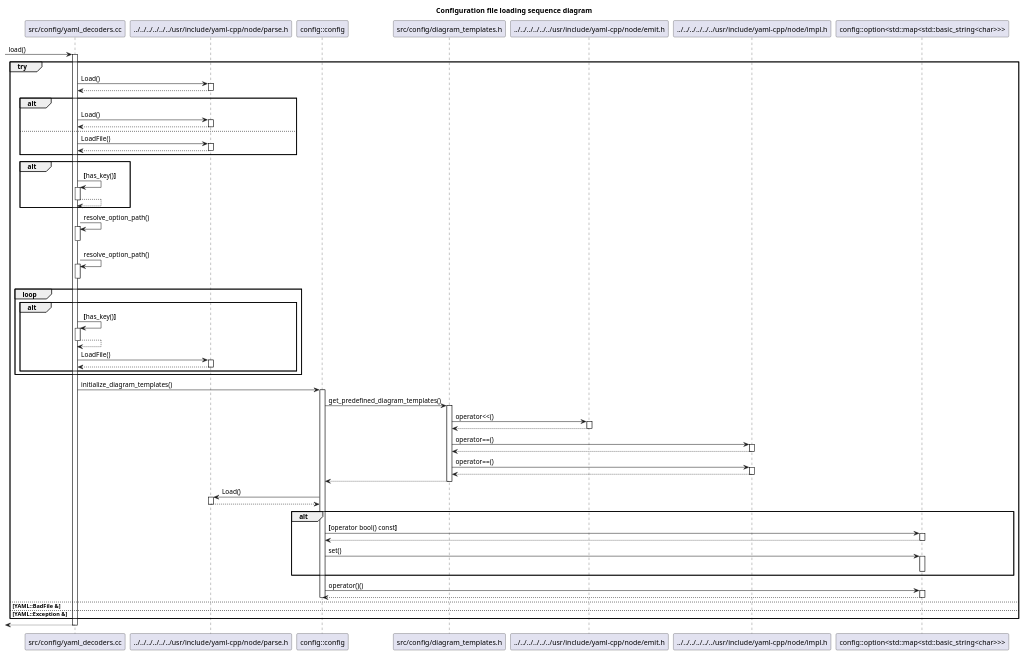
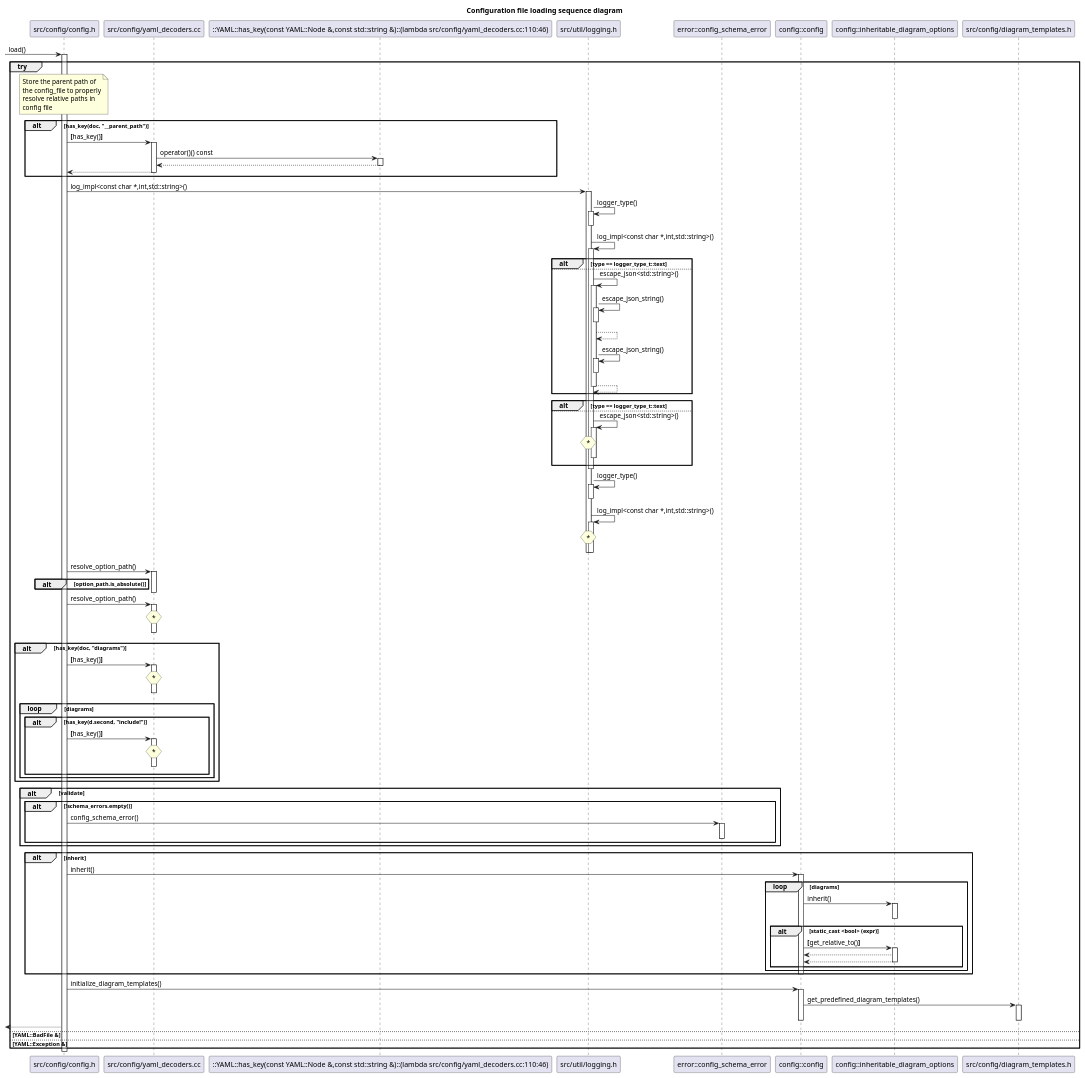
One commit to bkryza/clang-uml-examples changed the diagram in clang-uml/diagrams/load_config_sequence.puml. Above: the diagram before and after it, drawn with PlantUML. The commit also changed 73 other files, not shown here.

Commit message:
Updated clang-uml diagrams (#2)

```diff
--- a/clang-uml/diagrams/load_config_sequence.puml
+++ b/clang-uml/diagrams/load_config_sequence.puml
@@ -1,96 +1,135 @@
 @startuml
 title Configuration file loading sequence diagram
-participant "src/config/yaml_decoders.cc" as C_0000013575284193954972
-[-> C_0000013575284193954972 : load()
-activate C_0000013575284193954972
+participant "src/config/config.h" as C_0009842205026191081762
+[-> C_0009842205026191081762 : load()
+activate C_0009842205026191081762
 group try
-participant "../../../../../../usr/include/yaml-cpp/node/parse.h" as C_0001918194267413196394
-C_0000013575284193954972 -> C_0001918194267413196394 [[{}]] : Load()
-activate C_0001918194267413196394
-C_0001918194267413196394 --> C_0000013575284193954972
-deactivate C_0001918194267413196394
-alt
-C_0000013575284193954972 -> C_0001918194267413196394 [[{}]] : Load()
-activate C_0001918194267413196394
-C_0001918194267413196394 --> C_0000013575284193954972
-deactivate C_0001918194267413196394
+note over C_0009842205026191081762
+Store the parent path of
+the config_file to properly
+resolve relative paths in
+config file
+end note
+alt has_key(doc, "__parent_path")
+participant "src/config/yaml_decoders.cc" as C_0011390433321347495160
+C_0009842205026191081762 -> C_0011390433321347495160 [[{}]] : **[**has_key()**]**
+activate C_0011390433321347495160
+participant "::YAML::has_key(const YAML::Node &,const std::string &)::(lambda src/config/yaml_decoders.cc:110:46)" as C_0003241688388917068313 [[{has_key(const YAML::Node &,const std::string &)::(lambda src/config/yaml_decoders.cc:110:46)}]]
+C_0011390433321347495160 -> C_0003241688388917068313 [[{}]] : operator()() const
+activate C_0003241688388917068313
+C_0003241688388917068313 --> C_0011390433321347495160
+deactivate C_0003241688388917068313
+C_0011390433321347495160 --> C_0009842205026191081762
+deactivate C_0011390433321347495160
+end
+participant "src/util/logging.h" as C_0013395619657798558104
+C_0009842205026191081762 -> C_0013395619657798558104 [[{}]] : log_impl<const char *,int,std::string>()
+activate C_0013395619657798558104
+C_0013395619657798558104 -> C_0013395619657798558104 [[{}]] : logger_type()
+activate C_0013395619657798558104
+deactivate C_0013395619657798558104
+C_0013395619657798558104 -> C_0013395619657798558104 [[{}]] : log_impl<const char *,int,std::string>()
+activate C_0013395619657798558104
+alt type == logger_type_t::text
 else
-C_0000013575284193954972 -> C_0001918194267413196394 [[{}]] : LoadFile()
-activate C_0001918194267413196394
-C_0001918194267413196394 --> C_0000013575284193954972
-deactivate C_0001918194267413196394
+C_0013395619657798558104 -> C_0013395619657798558104 [[{}]] : escape_json<std::string>()
+activate C_0013395619657798558104
+C_0013395619657798558104 -> C_0013395619657798558104 [[{}]] : escape_json_string()
+activate C_0013395619657798558104
+deactivate C_0013395619657798558104
+C_0013395619657798558104 --> C_0013395619657798558104
+C_0013395619657798558104 -> C_0013395619657798558104 [[{}]] : escape_json_string()
+activate C_0013395619657798558104
+deactivate C_0013395619657798558104
+C_0013395619657798558104 --> C_0013395619657798558104
+deactivate C_0013395619657798558104
 end
-alt
-C_0000013575284193954972 -> C_0000013575284193954972 [[{}]] : **[**has_key()**]**
-activate C_0000013575284193954972
-C_0000013575284193954972 --> C_0000013575284193954972
-deactivate C_0000013575284193954972
+alt type == logger_type_t::text
+else
+C_0013395619657798558104 -> C_0013395619657798558104 [[{}]] : escape_json<std::string>()
+activate C_0013395619657798558104
+hnote over C_0013395619657798558104 : *
+C_0013395619657798558104-[hidden]->C_0013395619657798558104
+deactivate C_0013395619657798558104
 end
-C_0000013575284193954972 -> C_0000013575284193954972 [[{}]] : resolve_option_path()
-activate C_0000013575284193954972
-deactivate C_0000013575284193954972
-C_0000013575284193954972 -> C_0000013575284193954972 [[{}]] : resolve_option_path()
-activate C_0000013575284193954972
-deactivate C_0000013575284193954972
-loop
-alt
-C_0000013575284193954972 -> C_0000013575284193954972 [[{}]] : **[**has_key()**]**
-activate C_0000013575284193954972
-C_0000013575284193954972 --> C_0000013575284193954972
-deactivate C_0000013575284193954972
-C_0000013575284193954972 -> C_0001918194267413196394 [[{}]] : LoadFile()
-activate C_0001918194267413196394
-C_0001918194267413196394 --> C_0000013575284193954972
-deactivate C_0001918194267413196394
+deactivate C_0013395619657798558104
+C_0013395619657798558104 -> C_0013395619657798558104 [[{}]] : logger_type()
+activate C_0013395619657798558104
+deactivate C_0013395619657798558104
+C_0013395619657798558104 -> C_0013395619657798558104 [[{}]] : log_impl<const char *,int,std::string>()
+activate C_0013395619657798558104
+hnote over C_0013395619657798558104 : *
+C_0013395619657798558104-[hidden]->C_0013395619657798558104
+deactivate C_0013395619657798558104
+deactivate C_0013395619657798558104
+C_0009842205026191081762 -> C_0011390433321347495160 [[{}]] : resolve_option_path()
+activate C_0011390433321347495160
+alt option_path.is_absolute()
+
+end
+deactivate C_0011390433321347495160
+C_0009842205026191081762 -> C_0011390433321347495160 [[{}]] : resolve_option_path()
+activate C_0011390433321347495160
+hnote over C_0011390433321347495160 : *
+C_0011390433321347495160-[hidden]->C_0011390433321347495160
+deactivate C_0011390433321347495160
+alt has_key(doc, "diagrams")
+C_0009842205026191081762 -> C_0011390433321347495160 [[{}]] : **[**has_key()**]**
+activate C_0011390433321347495160
+hnote over C_0011390433321347495160 : *
+C_0011390433321347495160-[hidden]->C_0011390433321347495160
+deactivate C_0011390433321347495160
+loop diagrams
+alt has_key(d.second, "include!")
+C_0009842205026191081762 -> C_0011390433321347495160 [[{}]] : **[**has_key()**]**
+activate C_0011390433321347495160
+hnote over C_0011390433321347495160 : *
+C_0011390433321347495160-[hidden]->C_0011390433321347495160
+deactivate C_0011390433321347495160
 end
 end
-participant "config::config" as C_0000893743909513410599 [[{Represents entire configuration file}]]
-C_0000013575284193954972 -> C_0000893743909513410599 [[{}]] : initialize_diagram_templates()
-activate C_0000893743909513410599
-participant "src/config/diagram_templates.h" as C_0000929791224157323192
-C_0000893743909513410599 -> C_0000929791224157323192 [[{}]] : get_predefined_diagram_templates()
-activate C_0000929791224157323192
-participant "../../../../../../usr/include/yaml-cpp/node/emit.h" as C_0001258038217785004615
-C_0000929791224157323192 -> C_0001258038217785004615 [[{}]] : operator<<()
-activate C_0001258038217785004615
-C_0001258038217785004615 --> C_0000929791224157323192
-deactivate C_0001258038217785004615
-participant "../../../../../../usr/include/yaml-cpp/node/impl.h" as C_0001650368202456897199
-C_0000929791224157323192 -> C_0001650368202456897199 [[{}]] : operator==()
-activate C_0001650368202456897199
-C_0001650368202456897199 --> C_0000929791224157323192
-deactivate C_0001650368202456897199
-C_0000929791224157323192 -> C_0001650368202456897199 [[{}]] : operator==()
-activate C_0001650368202456897199
-C_0001650368202456897199 --> C_0000929791224157323192
-deactivate C_0001650368202456897199
-C_0000929791224157323192 --> C_0000893743909513410599
-deactivate C_0000929791224157323192
-C_0000893743909513410599 -> C_0001918194267413196394 [[{}]] : Load()
-activate C_0001918194267413196394
-C_0001918194267413196394 --> C_0000893743909513410599
-deactivate C_0001918194267413196394
-alt
-participant "config::option<std::map<std::basic_string<char>>>" as C_0001794979654581748123 [[{option}]]
-C_0000893743909513410599 -> C_0001794979654581748123 [[{}]] : **[**operator bool() const**]**
-activate C_0001794979654581748123
-C_0001794979654581748123 --> C_0000893743909513410599
-deactivate C_0001794979654581748123
-C_0000893743909513410599 -> C_0001794979654581748123 [[{}]] : set()
-activate C_0001794979654581748123
-deactivate C_0001794979654581748123
 end
-C_0000893743909513410599 -> C_0001794979654581748123 [[{}]] : operator()()
-activate C_0001794979654581748123
-C_0001794979654581748123 --> C_0000893743909513410599
-deactivate C_0001794979654581748123
-deactivate C_0000893743909513410599
+alt validate
+alt !schema_errors.empty()
+participant "error::config_schema_error" as C_0007943225191485457073 [[{config_schema_error}]]
+C_0009842205026191081762 -> C_0007943225191485457073 [[{}]] : config_schema_error()
+activate C_0007943225191485457073
+deactivate C_0007943225191485457073
+end
+end
+alt inherit
+participant "config::config" as C_0007149951276107284798 [[{Represents entire configuration file}]]
+C_0009842205026191081762 -> C_0007149951276107284798 [[{}]] : inherit()
+activate C_0007149951276107284798
+loop diagrams
+participant "config::inheritable_diagram_options" as C_0000966232506125300666 [[{Represents subset of inheritable configuration options}]]
+C_0007149951276107284798 -> C_0000966232506125300666 [[{}]] : inherit()
+activate C_0000966232506125300666
+deactivate C_0000966232506125300666
+alt static_cast <bool> (expr)
+C_0007149951276107284798 -> C_0000966232506125300666 [[{}]] : **[**get_relative_to()**]**
+activate C_0000966232506125300666
+C_0000966232506125300666 --> C_0007149951276107284798
+C_0000966232506125300666 --> C_0007149951276107284798
+deactivate C_0000966232506125300666
+else
+end
+end
+deactivate C_0007149951276107284798
+end
+C_0009842205026191081762 -> C_0007149951276107284798 [[{}]] : initialize_diagram_templates()
+activate C_0007149951276107284798
+participant "src/config/diagram_templates.h" as C_0000438932534169666680
+C_0007149951276107284798 -> C_0000438932534169666680 [[{}]] : get_predefined_diagram_templates()
+activate C_0000438932534169666680
+deactivate C_0000438932534169666680
+deactivate C_0007149951276107284798
+[<-- C_0009842205026191081762
 else YAML::BadFile &
 else YAML::Exception &
 end
-[<-- C_0000013575284193954972
-deactivate C_0000013575284193954972
+deactivate C_0009842205026191081762
 
-'Generated with clang-uml, version 0.4.0-7-g8a6b497
-'LLVM version Ubuntu clang version 16.0.6 (++20230710042027+7cbf1a259152-1~exp1~20230710162048.105)
+'Generated with clang-uml, version 0.6.1
+'LLVM version Ubuntu clang version 19.1.1 (1ubuntu1)
 @enduml
```
